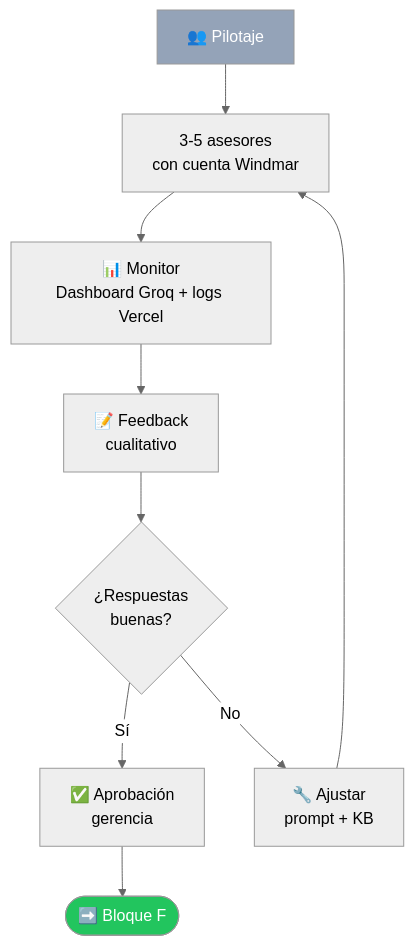
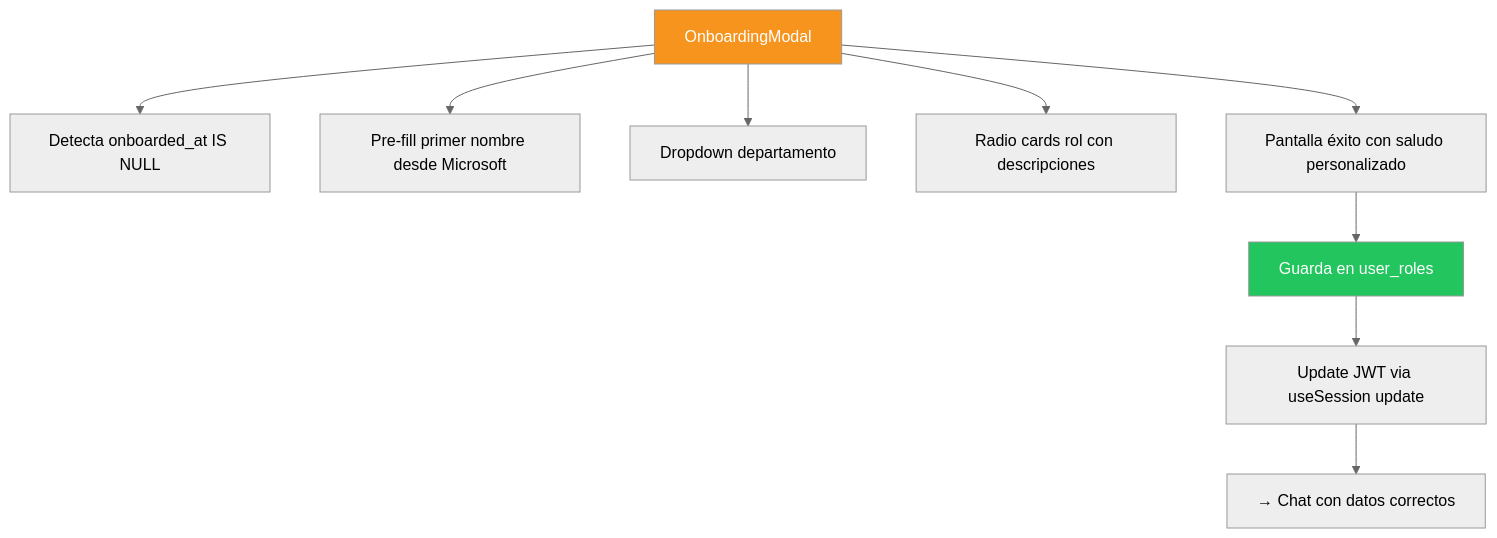
One commit to JnSbstnRivera/WINDMAR-AI-AGENT changed the sixth of 9 diagrams in ROADMAP.md. Above: the diagram before and after it, drawn with Mermaid (neutral theme). The commit also changed other lines of this file, not shown here.

Commit message:
docs: actualizar ROADMAP con todos los cambios del 8 mayo (lanzamiento definitivo)

````diff
--- a/ROADMAP.md
+++ b/ROADMAP.md
@@ -241,15 +165,16 @@
 ```mermaid
 flowchart TD
-    E[👥 Pilotaje]
-    E --> E1[3-5 asesores<br/>con cuenta Windmar]
-    E1 --> E2[📊 Monitor<br/>Dashboard Groq + logs Vercel]
-    E2 --> E3[📝 Feedback<br/>cualitativo]
-    E3 --> E4{¿Respuestas<br/>buenas?}
-    E4 -->|Sí| E5[✅ Aprobación<br/>gerencia]
-    E4 -->|No| E6[🔧 Ajustar<br/>prompt + KB]
-    E6 --> E1
-    E5 --> Next([➡️ Bloque F])
+    Onboard[OnboardingModal]
+    Onboard --> O1[Detecta onboarded_at IS NULL]
+    Onboard --> O2[Pre-fill primer nombre desde Microsoft]
+    Onboard --> O3[Dropdown departamento]
+    Onboard --> O4[Radio cards rol con descripciones]
+    Onboard --> O5[Pantalla éxito con saludo personalizado]
 
-    style E fill:#94a3b8,color:#fff
-    style Next fill:#22c55e,color:#fff
+    O5 --> Save[Guarda en user_roles]
+    Save --> JWT[Update JWT via useSession update]
+    JWT --> Chat[→ Chat con datos correctos]
+
+    style Onboard fill:#F7941D,color:#fff
+    style Save fill:#22c55e,color:#fff
 ```
````
